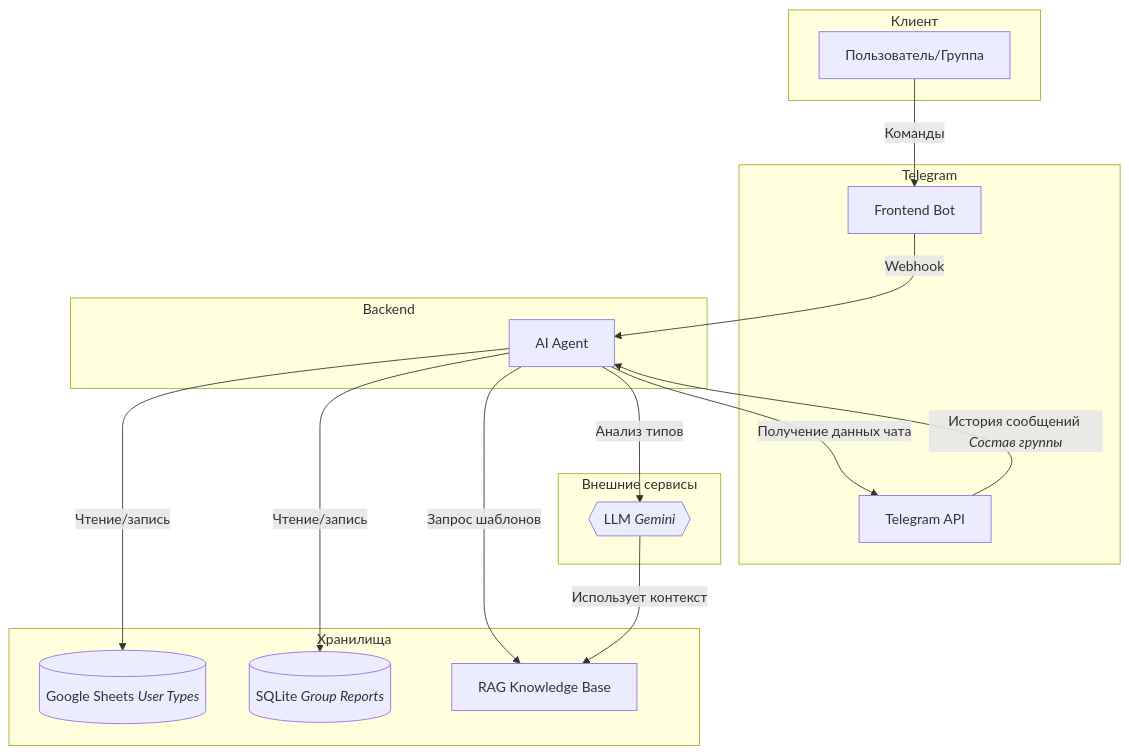
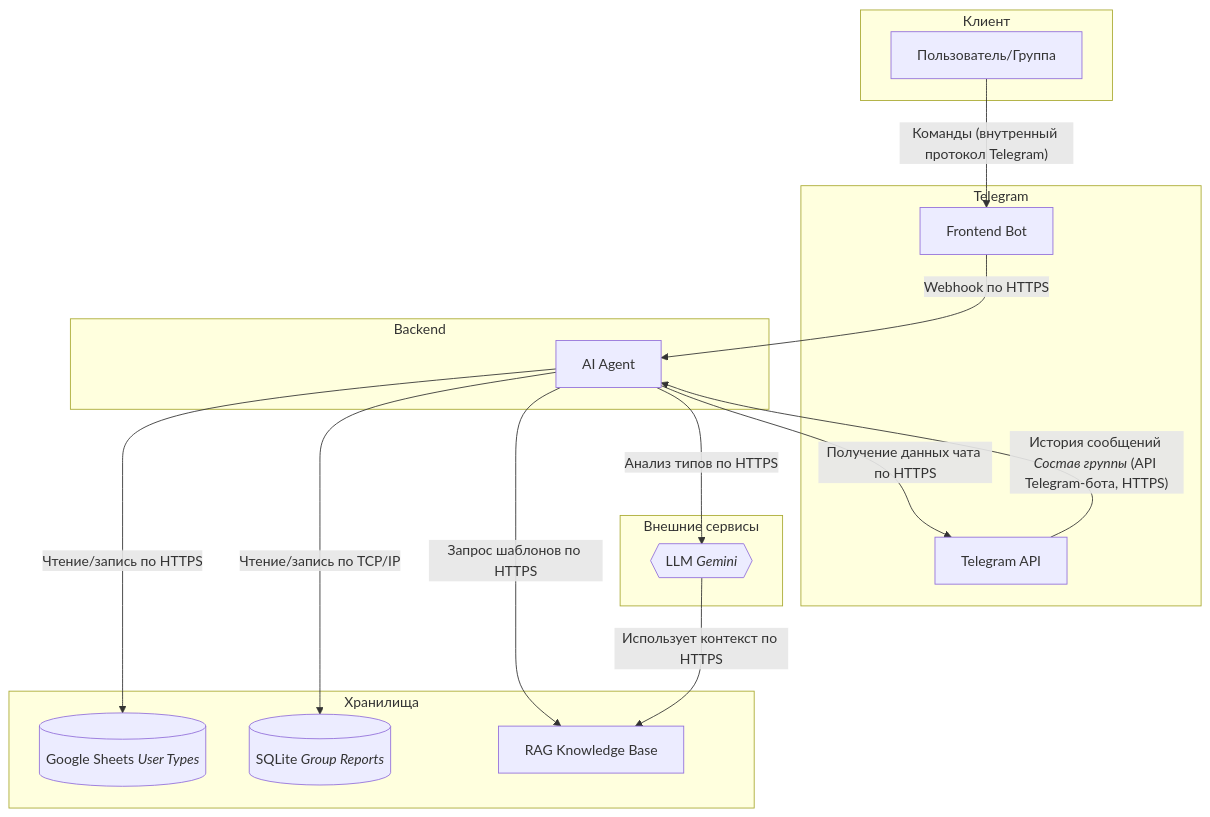
The diagram in README.md (toxicneka/catlover), drawn with Mermaid before and after one commit.

````diff
--- a/README.md
+++ b/README.md
@@ -1,35 +1,35 @@
 ```mermaid
 graph TD
     subgraph "Клиент"
         A[Пользователь/Группа]
     end
 
     subgraph "Telegram"
         B[Frontend Bot]
         I[Telegram API]
     end
 
     subgraph "Backend"
         D[AI Agent]
     end
 
     subgraph "Хранилища"
         E[(Google Sheets <i>User Types</i>)]
         F[(SQLite <i>Group Reports</i>)]
         J[RAG Knowledge Base]
     end
 
     subgraph "Внешние сервисы"
         G{{LLM <i>Gemini</i>}}
     end
 
-    A -- Команды --> B
-    B -- Webhook --> D
-    D -- Чтение/запись --> E
-    D -- Чтение/запись --> F
-    D -- Запрос шаблонов --> J
-    D -- Анализ типов --> G
-    D -- Получение данных чата --> I
-    G -- Использует контекст --> J
-    I -- История сообщений <i>Состав группы</i> --> D
+    A -- Команды (внутренный протокол Telegram) --> B
+    B -- Webhook по HTTPS --> D
+    D -- Чтение/запись по HTTPS --> E
+    D -- Чтение/запись по TCP/IP --> F
+    D -- Запрос шаблонов по HTTPS --> J
+    D -- Анализ типов по HTTPS --> G
+    D -- Получение данных чата по HTTPS --> I
+    G -- Использует контекст по HTTPS --> J
+    I -- История сообщений <i>Состав группы</i> (API Telegram-бота, HTTPS) --> D
 ```
````
